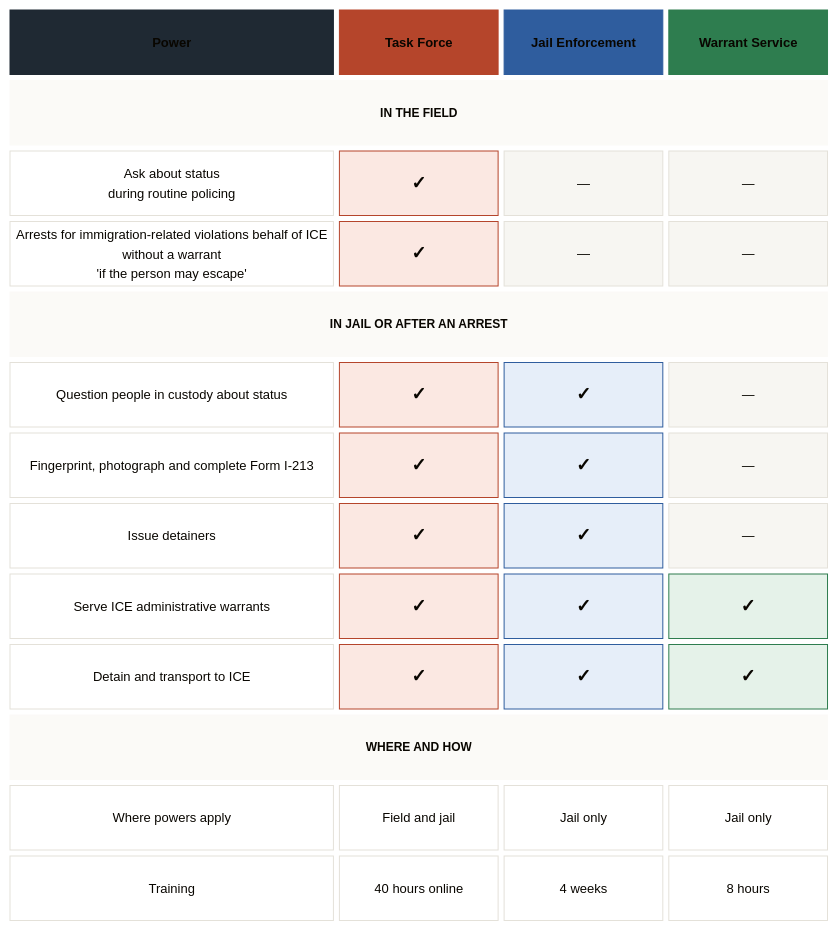
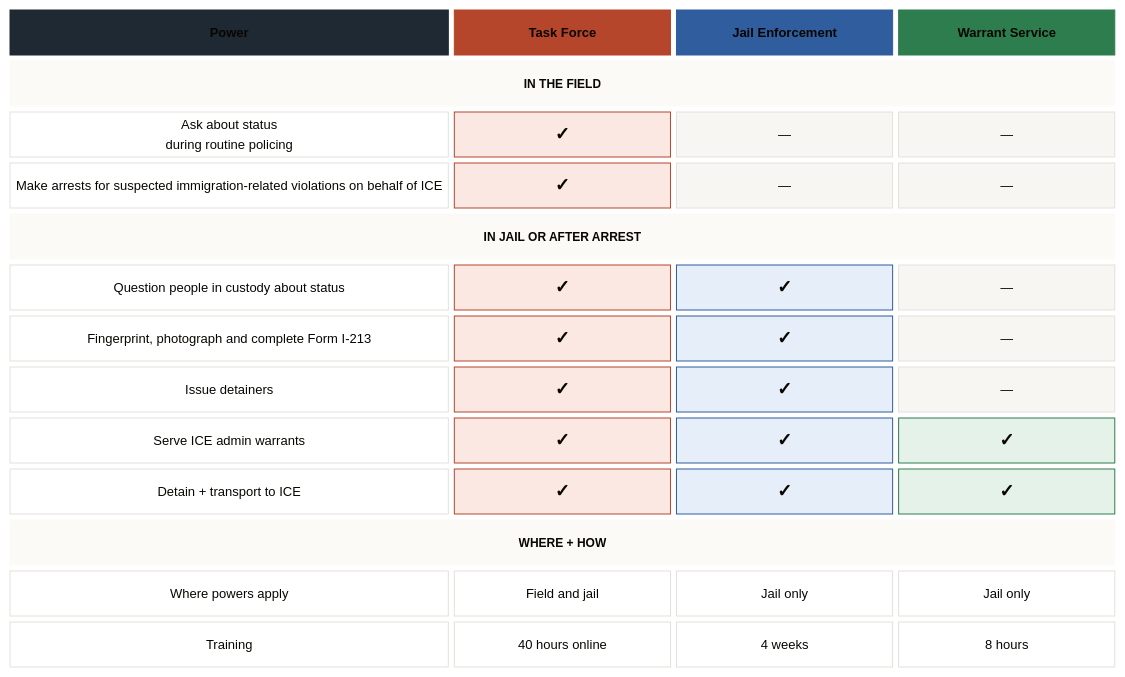
Before and after one commit to TitusThrasher/287g-Program-Report: the diagram in resources/reporting-field-guide/Program-Overview.md, drawn with Mermaid. The commit also changed other lines of this file, not shown here.

Commit message:
Revise Program Overview and enhance resource links

```diff
--- a/resources/reporting-field-guide/Program-Overview.md
+++ b/resources/reporting-field-guide/Program-Overview.md
@@ -33,11 +33,11 @@
   T2["✓"]
   J2["—"]
   W2["—"]
-  l3["Arrests for immigration-related violations behalf of ICE</br> without a warrant</br> 'if the person may escape'"]:2
+  l3["Make arrests for suspected immigration-related violations on behalf of ICE"]:2
   T3["✓"]
   J3["—"]
   W3["—"]
-  s5["IN JAIL OR AFTER AN ARREST"]:5
+  s5["IN JAIL OR AFTER ARREST"]:5
   l6["Question people in custody about status"]:2
   T6["✓"]
   J6["✓"]
@@ -50,15 +50,15 @@
   T8["✓"]
   J8["✓"]
   W8["—"]
-  l10["Serve ICE administrative warrants"]:2
+  l10["Serve ICE admin warrants"]:2
   T10["✓"]
   J10["✓"]
   W10["✓"]
-  l13["Detain and transport to ICE"]:2
+  l13["Detain + transport to ICE"]:2
   T13["✓"]
   J13["✓"]
   W13["✓"]
-  s17["WHERE AND HOW"]:5
+  s17["WHERE + HOW"]:5
   l18["Where powers apply"]:2
   T18["Field and jail"]
   J18["Jail only"]
```
